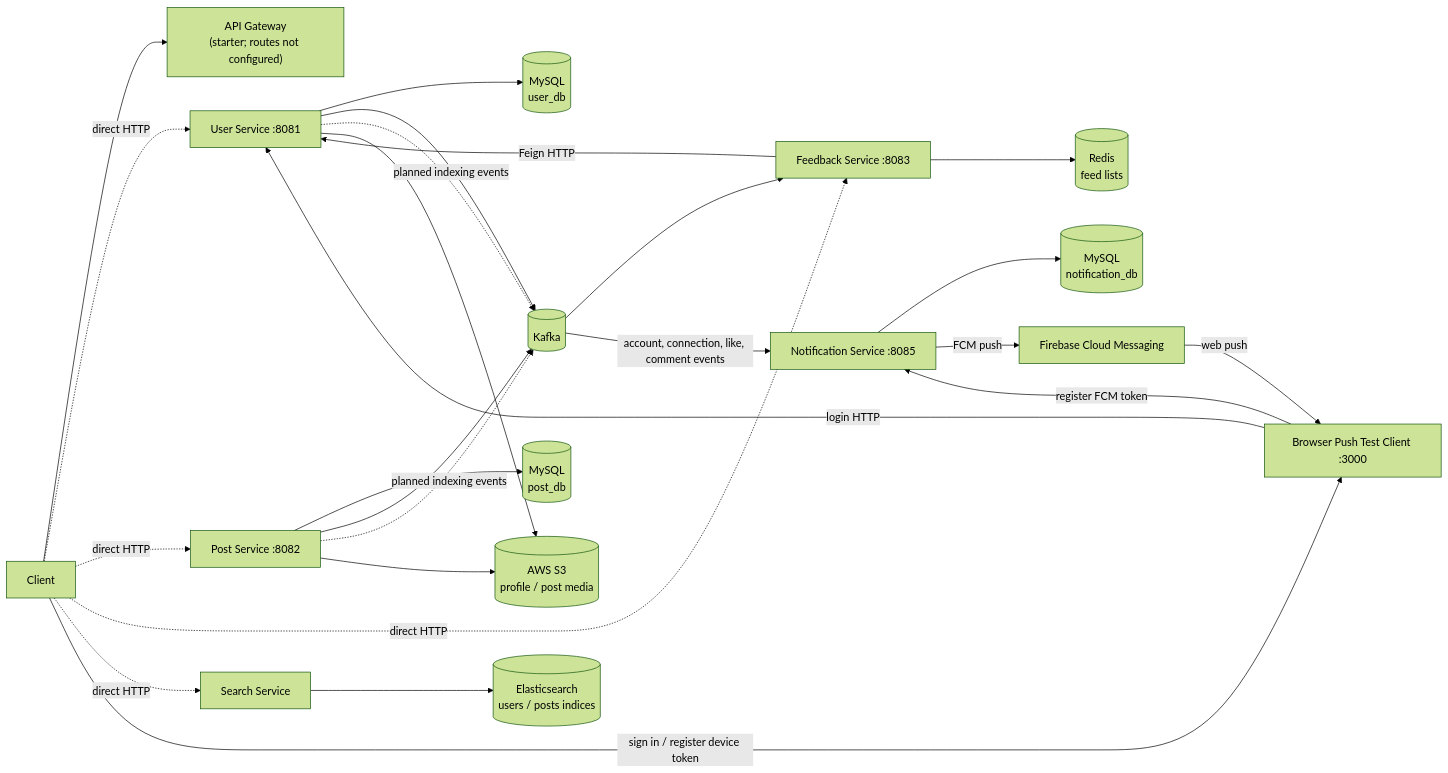
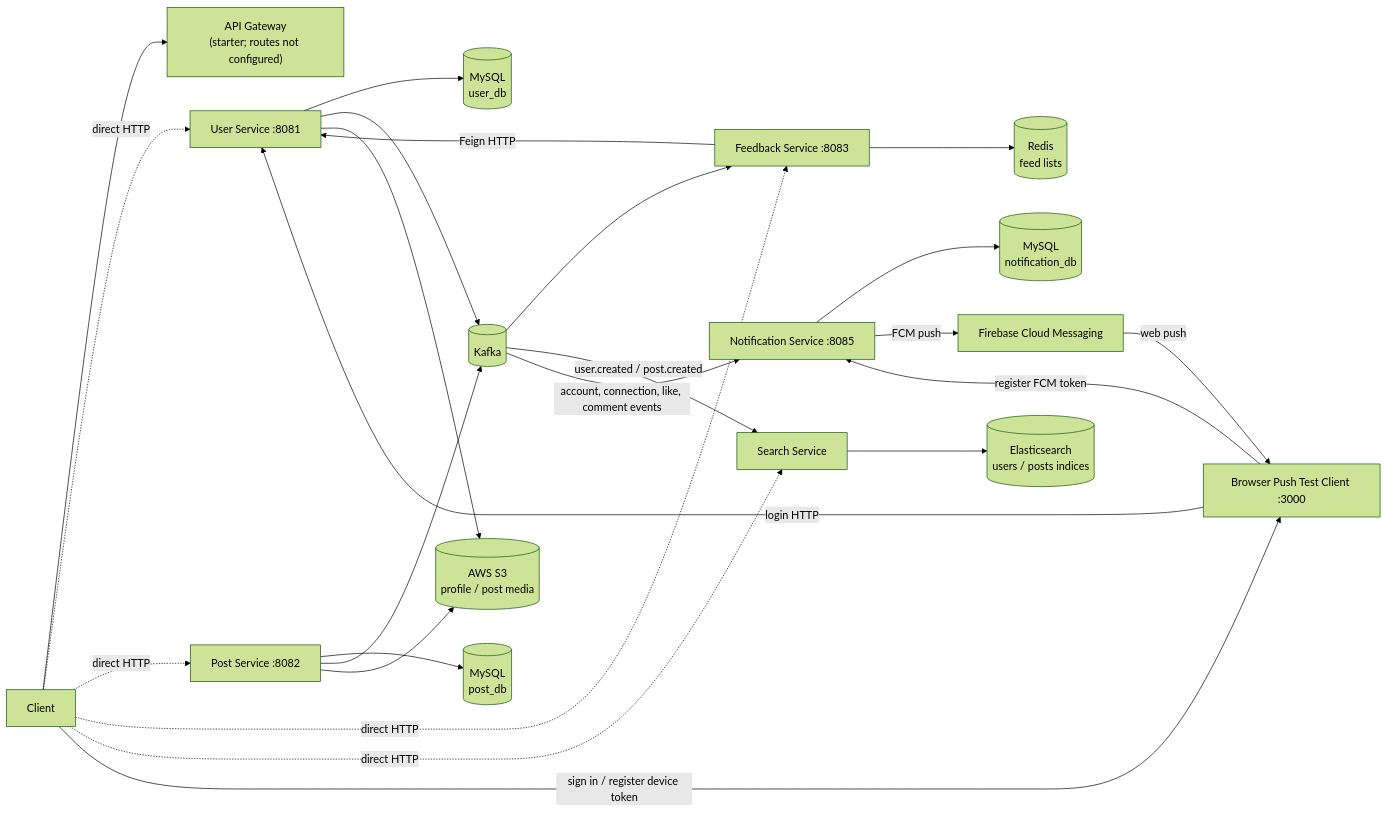
Before and after one commit to nimashaklaa/linkedin-system-demo: the diagram in README.md, drawn with Mermaid (forest theme). The commit also changed other lines of this file and 4 other files, not shown here.

Commit message:
feat: add documentation for Apache Kafka and Spring Kafka integration; implement pending connections retrieval in UserService

````diff
--- a/README.md
+++ b/README.md
@@ -21,28 +22,27 @@
 ```mermaid
 flowchart LR
     Client --> Gateway["API Gateway<br/>(starter; routes not configured)"]
     Client -. direct HTTP .-> User["User Service :8081"]
     Client -. direct HTTP .-> Post["Post Service :8082"]
     Client -. direct HTTP .-> Feed["Feedback Service :8083"]
     Client -. direct HTTP .-> Search["Search Service"]
     Client -->|sign in / register device token| NotificationWeb["Browser Push Test Client :3000"]
     NotificationWeb -->|login HTTP| User
     NotificationWeb -->|register FCM token| Notification["Notification Service :8085"]
 
     User --> UserDB[("MySQL<br/>user_db")]
     Post --> PostDB[("MySQL<br/>post_db")]
     Notification --> NotificationDB[("MySQL<br/>notification_db")]
     User --> Kafka[("Kafka")]
     Post --> Kafka
     Kafka --> Feed
+    Kafka -->|user.created / post.created| Search
     Feed -->|Feign HTTP| User
     Feed --> Redis[("Redis<br/>feed lists")]
     Search --> ES[("Elasticsearch<br/>users / posts indices")]
-    User -. planned indexing events .-> Kafka
-    Post -. planned indexing events .-> Kafka
     Kafka -->|account, connection, like, comment events| Notification
     Notification -->|FCM push| Firebase["Firebase Cloud Messaging"]
     Firebase -->|web push| NotificationWeb
     User --> S3[("AWS S3<br/>profile / post media")]
     Post --> S3
 ```
````
